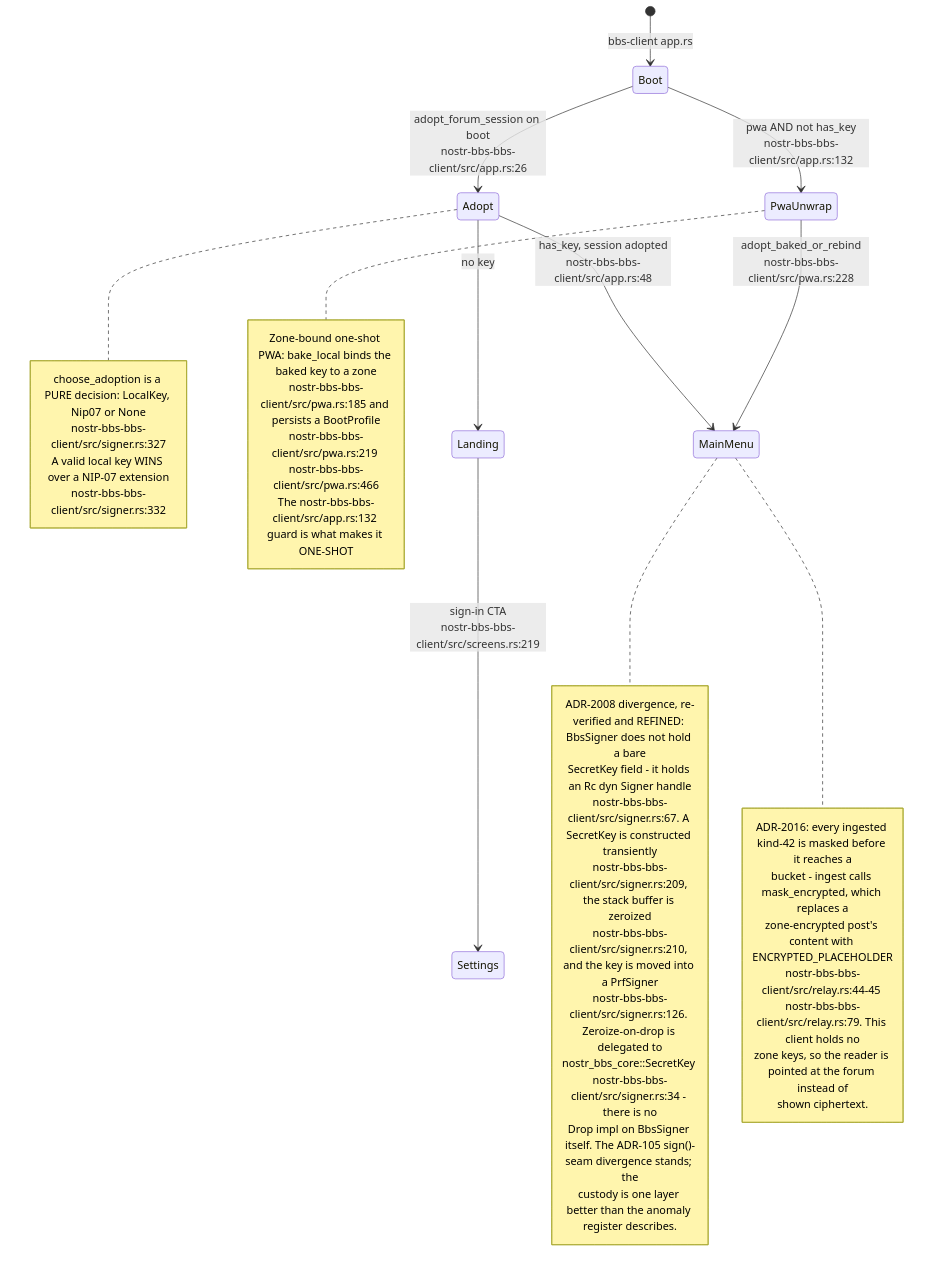
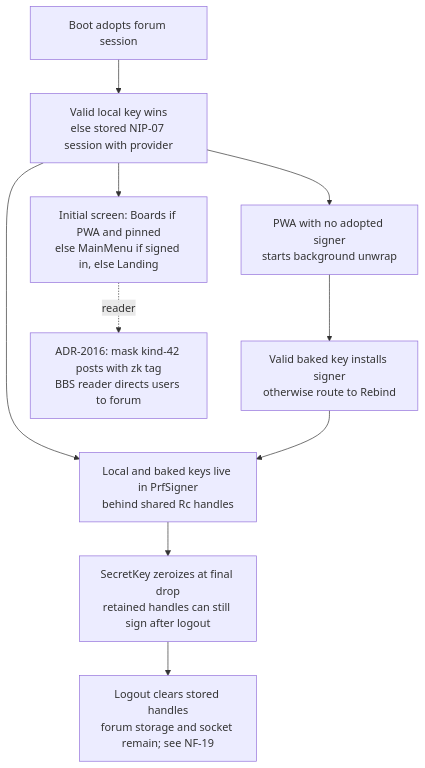
Before and after one commit to DreamLab-AI/VisionFlow: diagram 11 of 17 in docs/diagrams/nostr-rust-forum/05-leptos-clients-onboarding-messaging-governance.md, drawn with Mermaid. The commit also changed other lines of this file and 46 other files, not shown here.

Commit message:
docs(audit): review BBS signer lifetime and account custody

````diff
--- a/docs/diagrams/nostr-rust-forum/05-leptos-clients-onboarding-messaging-governance.md
+++ b/docs/diagrams/nostr-rust-forum/05-leptos-clients-onboarding-messaging-governance.md
@@ -352,42 +355,27 @@
 ```mermaid
-stateDiagram-v2
-    [*] --> Boot: bbs-client app.rs
-    Boot --> Adopt: adopt_forum_session on boot<br/>nostr-bbs-bbs-client/src/app.rs:26
-    Adopt --> MainMenu: has_key, session adopted<br/>nostr-bbs-bbs-client/src/app.rs:48
-    Adopt --> Landing: no key
-    Boot --> PwaUnwrap: pwa AND not has_key<br/>nostr-bbs-bbs-client/src/app.rs:132
-    PwaUnwrap --> MainMenu: adopt_baked_or_rebind<br/>nostr-bbs-bbs-client/src/pwa.rs:228
-    Landing --> Settings: sign-in CTA<br/>nostr-bbs-bbs-client/src/screens.rs:219
-
-    note right of Adopt
-        choose_adoption is a PURE decision: LocalKey, Nip07 or None
-        nostr-bbs-bbs-client/src/signer.rs:327
-        A valid local key WINS over a NIP-07 extension
-        nostr-bbs-bbs-client/src/signer.rs:332
-    end note
-    note right of PwaUnwrap
-        Zone-bound one-shot PWA: bake_local binds the baked key to a zone
-        nostr-bbs-bbs-client/src/pwa.rs:185 and persists a BootProfile
-        nostr-bbs-bbs-client/src/pwa.rs:219 nostr-bbs-bbs-client/src/pwa.rs:466
-        The nostr-bbs-bbs-client/src/app.rs:132 guard is what makes it ONE-SHOT
-    end note
-    note right of MainMenu
-        ADR-2008 divergence, re-verified and REFINED: BbsSigner does not hold a bare
-        SecretKey field - it holds an Rc dyn Signer handle
-        nostr-bbs-bbs-client/src/signer.rs:67. A SecretKey is constructed transiently
-        nostr-bbs-bbs-client/src/signer.rs:209, the stack buffer is zeroized
-        nostr-bbs-bbs-client/src/signer.rs:210, and the key is moved into a PrfSigner
-        nostr-bbs-bbs-client/src/signer.rs:126. Zeroize-on-drop is delegated to
-        nostr_bbs_core::SecretKey nostr-bbs-bbs-client/src/signer.rs:34 - there is no
-        Drop impl on BbsSigner itself. The ADR-105 sign()-seam divergence stands; the
-        custody is one layer better than the anomaly register describes.
-    end note
-    note right of MainMenu
-        ADR-2016: every ingested kind-42 is masked before it reaches a
-        bucket - ingest calls mask_encrypted, which replaces a
-        zone-encrypted post's content with ENCRYPTED_PLACEHOLDER
-        nostr-bbs-bbs-client/src/relay.rs:44-45 nostr-bbs-bbs-client/src/relay.rs:79. This client holds no
-        zone keys, so the reader is pointed at the forum instead of
-        shown ciphertext.
-    end note
+flowchart TB
+    %% Source: ../nostr-rust-forum/crates/nostr-bbs-bbs-client/src/app.rs:26
+    A["Boot adopts forum session"]
+    %% Source: ../nostr-rust-forum/crates/nostr-bbs-bbs-client/src/signer.rs:332
+    B["Valid local key wins<br/>else stored NIP-07 session with provider"]
+    %% Source: ../nostr-rust-forum/crates/nostr-bbs-bbs-client/src/app.rs:45
+    C["Initial screen: Boards if PWA and pinned<br/>else MainMenu if signed in, else Landing"]
+    %% Source: ../nostr-rust-forum/crates/nostr-bbs-bbs-client/src/app.rs:134
+    D["PWA with no adopted signer<br/>starts background unwrap"]
+    %% Source: ../nostr-rust-forum/crates/nostr-bbs-bbs-client/src/pwa.rs:233
+    E["Valid baked key installs signer<br/>otherwise route to Rebind"]
+    %% Source: ../nostr-rust-forum/crates/nostr-bbs-bbs-client/src/signer.rs:126
+    F["Local and baked keys live in PrfSigner<br/>behind shared Rc handles"]
+    %% Source: ../nostr-rust-forum/crates/nostr-bbs-core/src/keys.rs:40
+    %% Source: ../nostr-rust-forum/crates/nostr-bbs-bbs-client/src/signer.rs:106
+    G["SecretKey zeroizes at final drop<br/>retained handles can still sign after logout"]
+    %% Source: ../nostr-rust-forum/crates/nostr-bbs-bbs-client/src/signer.rs:229
+    H["Logout clears stored handles<br/>forum storage and socket remain; see NF-19"]
+    %% Source: ../nostr-rust-forum/crates/nostr-bbs-bbs-client/src/relay.rs:79
+    I["ADR-2016: mask kind-42 posts with zk tag<br/>BBS reader directs users to forum"]
+    A --> B --> C
+    B --> D --> E
+    B --> F --> G --> H
+    E --> F
+    C -. reader .-> I
 ```
````
